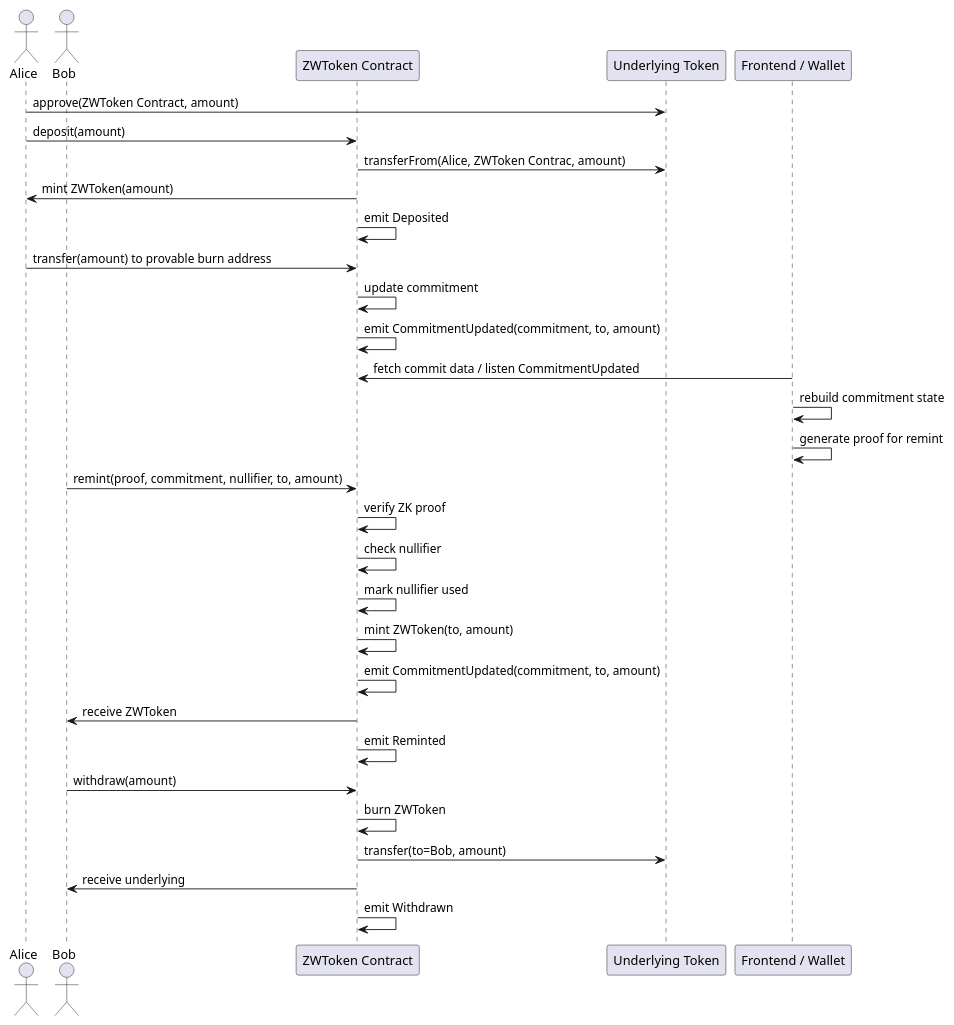
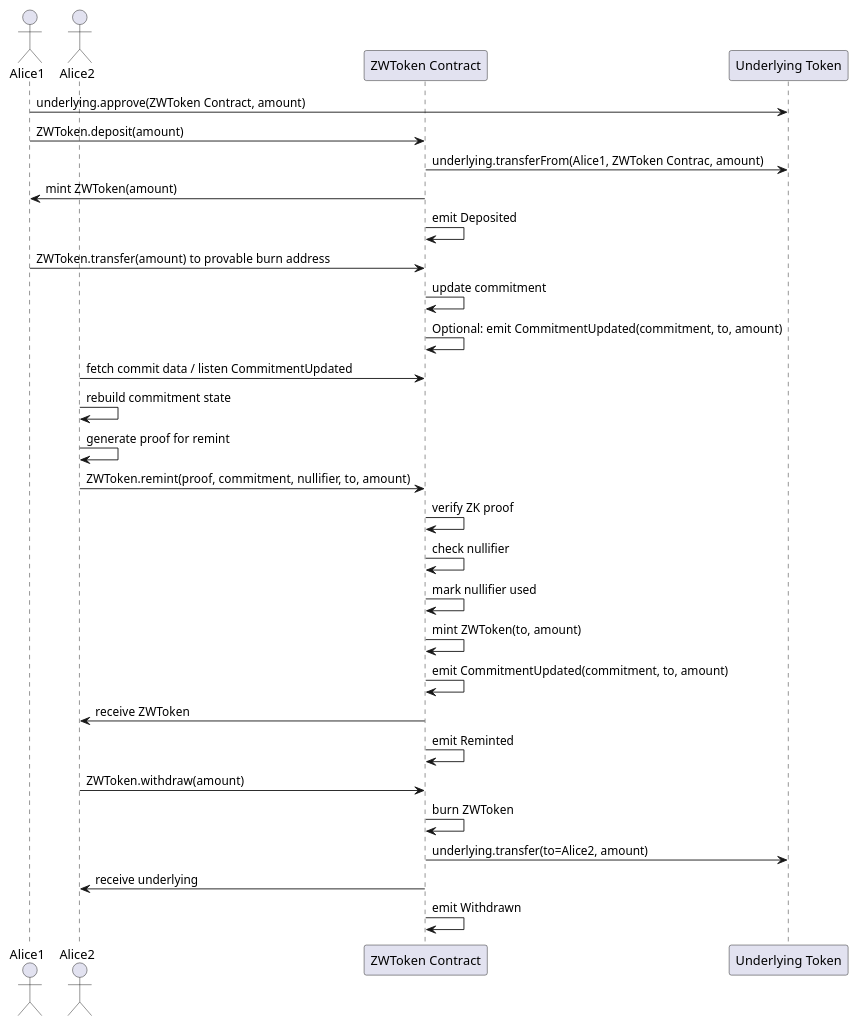
Before and after one commit to 0xNullLabs/ERC-1004-Zero-Knowledge-Token-Wrapper: the diagram in assets/erc-1004/flow.pu, drawn with PlantUML. The commit also changed 1 other file, not shown here.

Commit message:
Update flow svg

```diff
--- a/assets/erc-1004/flow.pu
+++ b/assets/erc-1004/flow.pu
@@ -2,36 +2,35 @@
 @startuml
-actor Alice
-actor Bob
+actor Alice1
+actor Alice2
 participant "ZWToken Contract" as ZW
 participant "Underlying Token" as U
-participant "Frontend / Wallet" as FE
 
-Alice -> U : approve(ZWToken Contract, amount)
-Alice -> ZW : deposit(amount)
-ZW -> U : transferFrom(Alice, ZWToken Contrac, amount)
-ZW -> Alice : mint ZWToken(amount)
+Alice1 -> U : underlying.approve(ZWToken Contract, amount)
+Alice1 -> ZW : ZWToken.deposit(amount)
+ZW -> U : underlying.transferFrom(Alice1, ZWToken Contrac, amount)
+ZW -> Alice1 : mint ZWToken(amount)
 ZW -> ZW : emit Deposited
 
-Alice -> ZW : transfer(amount) to provable burn address
+Alice1 -> ZW : ZWToken.transfer(amount) to provable burn address
 ZW -> ZW : update commitment
-ZW -> ZW : emit CommitmentUpdated(commitment, to, amount)
+ZW -> ZW : Optional: emit CommitmentUpdated(commitment, to, amount)
 
-FE -> ZW : fetch commit data / listen CommitmentUpdated
-FE -> FE : rebuild commitment state
-FE -> FE : generate proof for remint
+Alice2 -> ZW : fetch commit data / listen CommitmentUpdated
+Alice2 -> Alice2 : rebuild commitment state
+Alice2 -> Alice2 : generate proof for remint
 
-Bob -> ZW : remint(proof, commitment, nullifier, to, amount)
+Alice2 -> ZW : ZWToken.remint(proof, commitment, nullifier, to, amount)
 ZW -> ZW : verify ZK proof
 ZW -> ZW : check nullifier
 ZW -> ZW : mark nullifier used
 ZW -> ZW : mint ZWToken(to, amount)
 ZW -> ZW : emit CommitmentUpdated(commitment, to, amount)
-ZW -> Bob : receive ZWToken
+ZW -> Alice2 : receive ZWToken
 ZW -> ZW : emit Reminted
 
-Bob -> ZW : withdraw(amount)
+Alice2 -> ZW : ZWToken.withdraw(amount)
 ZW -> ZW : burn ZWToken
-ZW -> U : transfer(to=Bob, amount)
-ZW -> Bob : receive underlying
+ZW -> U : underlying.transfer(to=Alice2, amount)
+ZW -> Alice2 : receive underlying
 ZW -> ZW : emit Withdrawn
 @enduml
```
